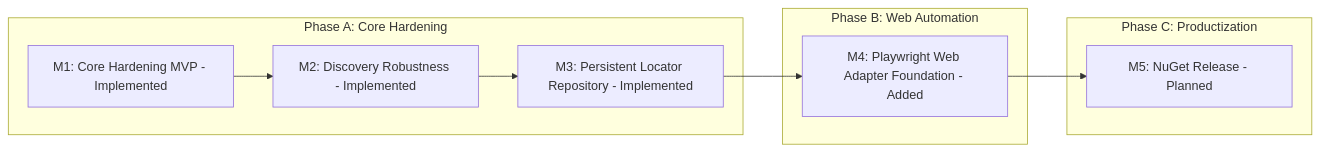
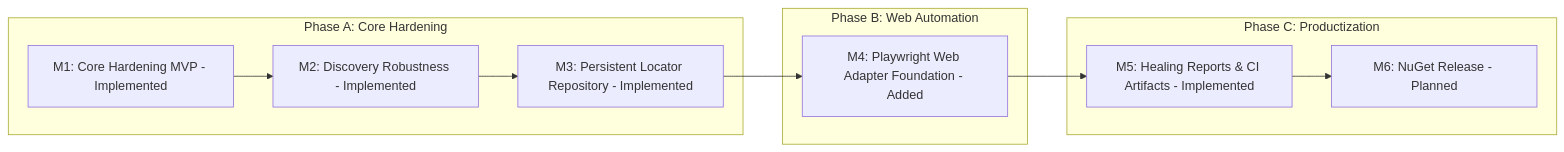
The third of 3 diagrams in README.md (mustafasercansak/automation-sandbox), drawn with Mermaid before and after one commit. The commit also changed other lines of this file and 7 other files, not shown here.

````diff
--- a/README.md
+++ b/README.md
@@ -385,16 +407,17 @@
 ```mermaid
 graph LR
     subgraph PhaseA [Phase A: Core Hardening]
         M1[M1: Core Hardening MVP - Implemented]
         M2[M2: Discovery Robustness - Implemented]
         M3[M3: Persistent Locator Repository - Implemented]
         M1 --> M2 --> M3
     end
     subgraph PhaseB [Phase B: Web Automation]
         M4[M4: Playwright Web Adapter Foundation - Added]
     end
     subgraph PhaseC [Phase C: Productization]
-        M5[M5: NuGet Release - Planned]
+        M5[M5: Healing Reports & CI Artifacts - Implemented]
+        M6[M6: NuGet Release - Planned]
     end
-    M3 --> M4 --> M5
+    M3 --> M4 --> M5 --> M6
 ```
````
